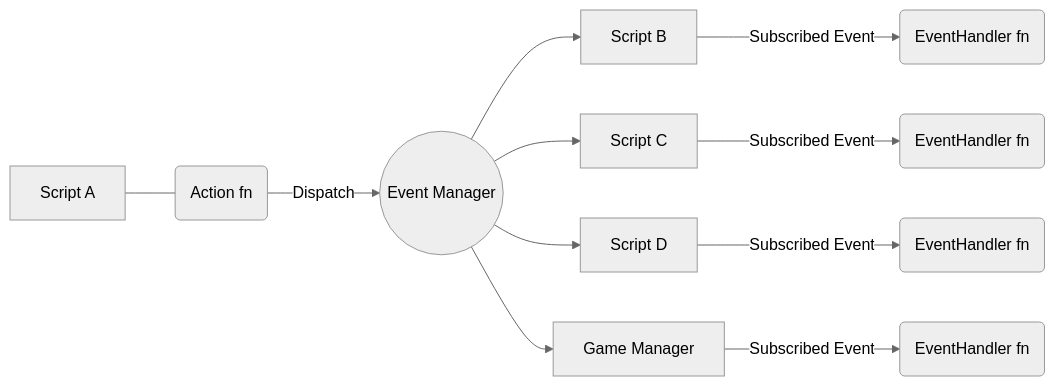
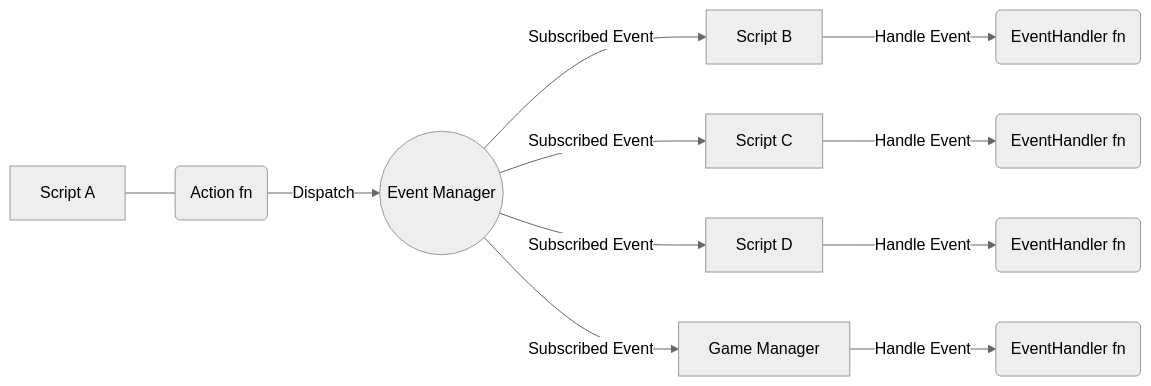
The diagram in README.md (gsg-jay/GamePatterns), drawn with Mermaid (neutral theme) before and after one commit.

````diff
--- a/README.md
+++ b/README.md
@@ -3,9 +3,9 @@
 ```mermaid
 graph LR;
 c0["Script A"]---a
 a("Action fn")-->|Dispatch|em(("Event Manager"))
-em-->c1["Script B"]-->|Subscribed Event|eh1("EventHandler fn")
-em-->c2["Script C"]-->|Subscribed Event|eh2("EventHandler fn")
-em-->c3["Script D"]-->|Subscribed Event|eh3("EventHandler fn")
-em-->gm["Game Manager"]-->|Subscribed Event|eh4("EventHandler fn")
+em-->|Subscribed Event|c1["Script B"]-->|Handle Event|eh1("EventHandler fn")
+em-->|Subscribed Event|c2["Script C"]-->|Handle Event|eh2("EventHandler fn")
+em-->|Subscribed Event|c3["Script D"]-->|Handle Event|eh3("EventHandler fn")
+em-->|Subscribed Event|gm["Game Manager"]-->|Handle Event|eh4("EventHandler fn")
 ```
````
